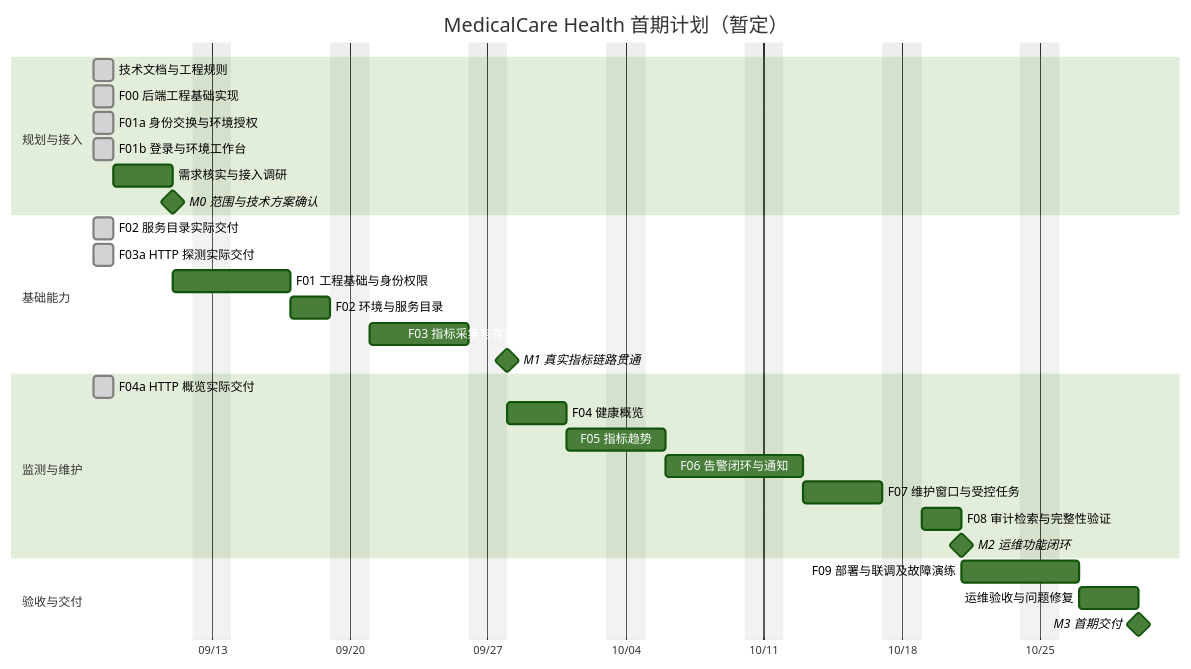
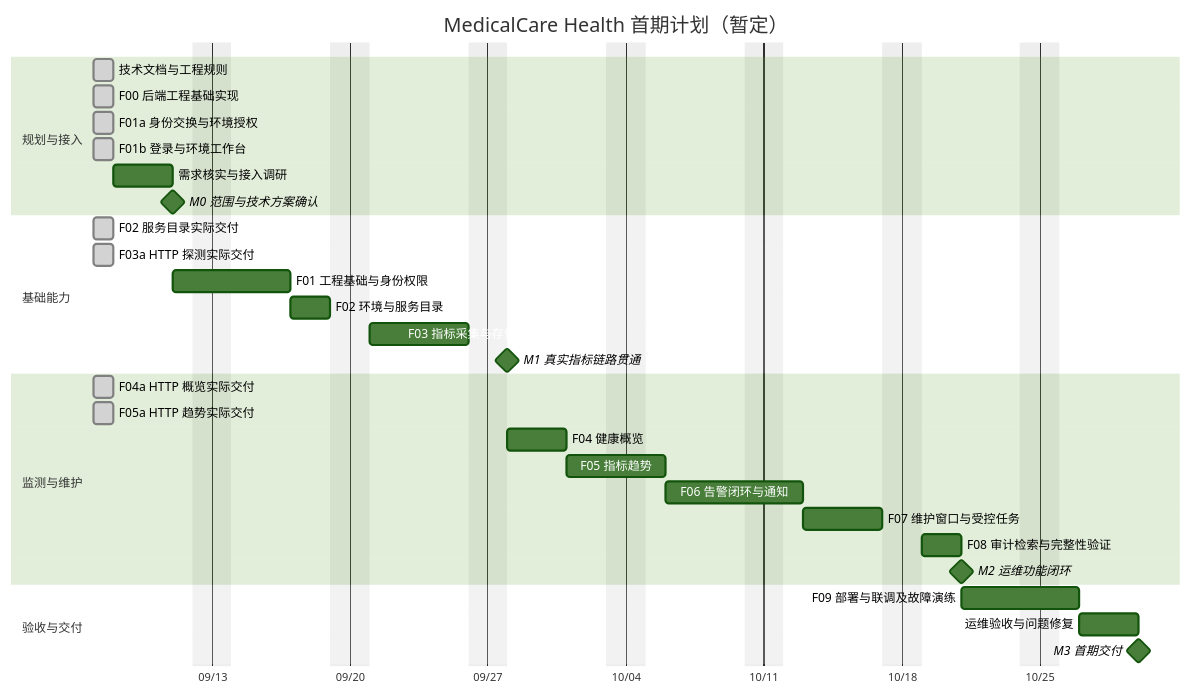
The diagram in docs/project-plan.md (lafie-s/MedicalCare_Health), drawn with Mermaid (forest theme) before and after one commit. The commit also changed other lines of this file and 16 other files, not shown here.

Commit message:
feat: 增加 HTTP 探测趋势查询与图表

````diff
--- a/docs/project-plan.md
+++ b/docs/project-plan.md
@@ -13,33 +13,34 @@
 ```mermaid
 gantt
     title MedicalCare Health 首期计划（暂定）
     dateFormat YYYY-MM-DD
     axisFormat %m/%d
     excludes weekends
     section 规划与接入
     技术文档与工程规则              :done, docs, 2026-09-07, 1d
     F00 后端工程基础实现           :done, f00, 2026-09-07, 1d
     F01a 身份交换与环境授权        :done, f01a, 2026-09-07, 1d
     F01b 登录与环境工作台          :done, f01b, 2026-09-07, 1d
     需求核实与接入调研              :a0, 2026-09-08, 3d
     M0 范围与技术方案确认           :milestone, m0, after a0, 0d
     section 基础能力
     F02 服务目录实际交付           :done, f02actual, 2026-09-07, 1d
     F03a HTTP 探测实际交付         :done, f03actual, 2026-09-07, 1d
     F01 工程基础与身份权限          :a1, after m0, 4d
     F02 环境与服务目录              :a2, after a1, 2d
     F03 指标采集与存储接入          :a3, after a2, 5d
     M1 真实指标链路贯通             :milestone, m1, after a3, 0d
     section 监测与维护
     F04a HTTP 概览实际交付         :done, f04actual, 2026-09-07, 1d
+    F05a HTTP 趋势实际交付         :done, f05actual, 2026-09-07, 1d
     F04 健康概览                   :a4, after m1, 3d
     F05 指标趋势                   :a5, after a4, 3d
     F06 告警闭环与通知              :a6, after a5, 5d
     F07 维护窗口与受控任务          :a7, after a6, 4d
     F08 审计检索与完整性验证        :a8, after a7, 2d
     M2 运维功能闭环                :milestone, m2, after a8, 0d
     section 验收与交付
     F09 部署与联调及故障演练        :a9, after m2, 4d
     运维验收与问题修复              :a10, after a9, 3d
     M3 首期交付                    :milestone, m3, after a10, 0d
 ```
````
